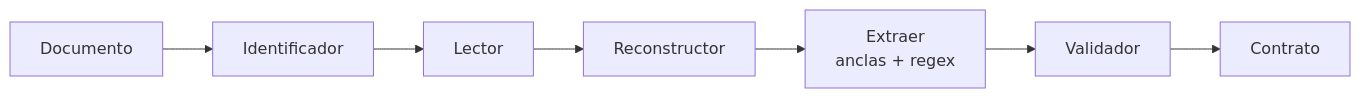
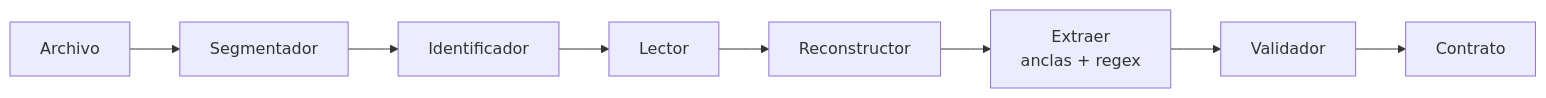
Before and after one commit to mariogarcia-ar/docflow: the second of 5 diagrams in readme-min.md, drawn with Mermaid. The commit also changed other lines of this file, not shown here.

Commit message:
Refactor README.md to clarify document processing flows and components, enhancing descriptions of the Segmentador and its role in logical document grouping.

````diff
--- a/readme-min.md
+++ b/readme-min.md
@@ -68,5 +95,5 @@
 ```mermaid
 graph LR
-    A["Documento"] --> B["Identificador"] --> C["Lector"] --> D["Reconstructor"]
-    D --> E["Extraer<br/>anclas + regex"] --> F["Validador"] --> G["Contrato"]
+    A["Archivo"] --> B["Segmentador"] --> C["Identificador"] --> D["Lector"]
+    D --> E["Reconstructor"] --> F["Extraer<br/>anclas + regex"] --> G["Validador"] --> H["Contrato"]
 ```
````
